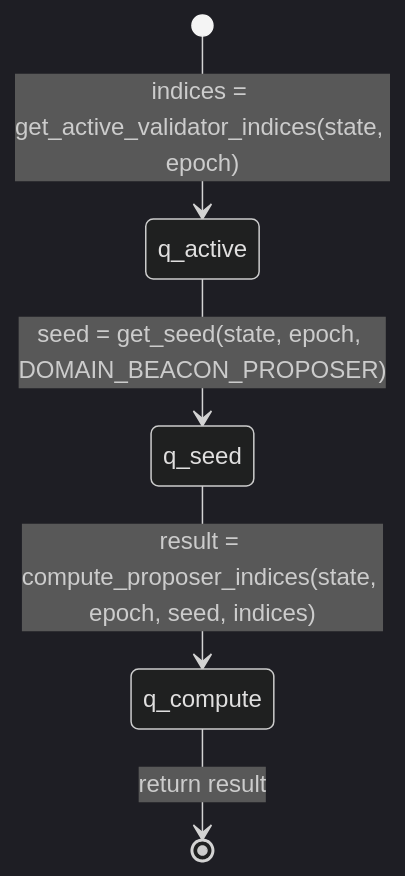
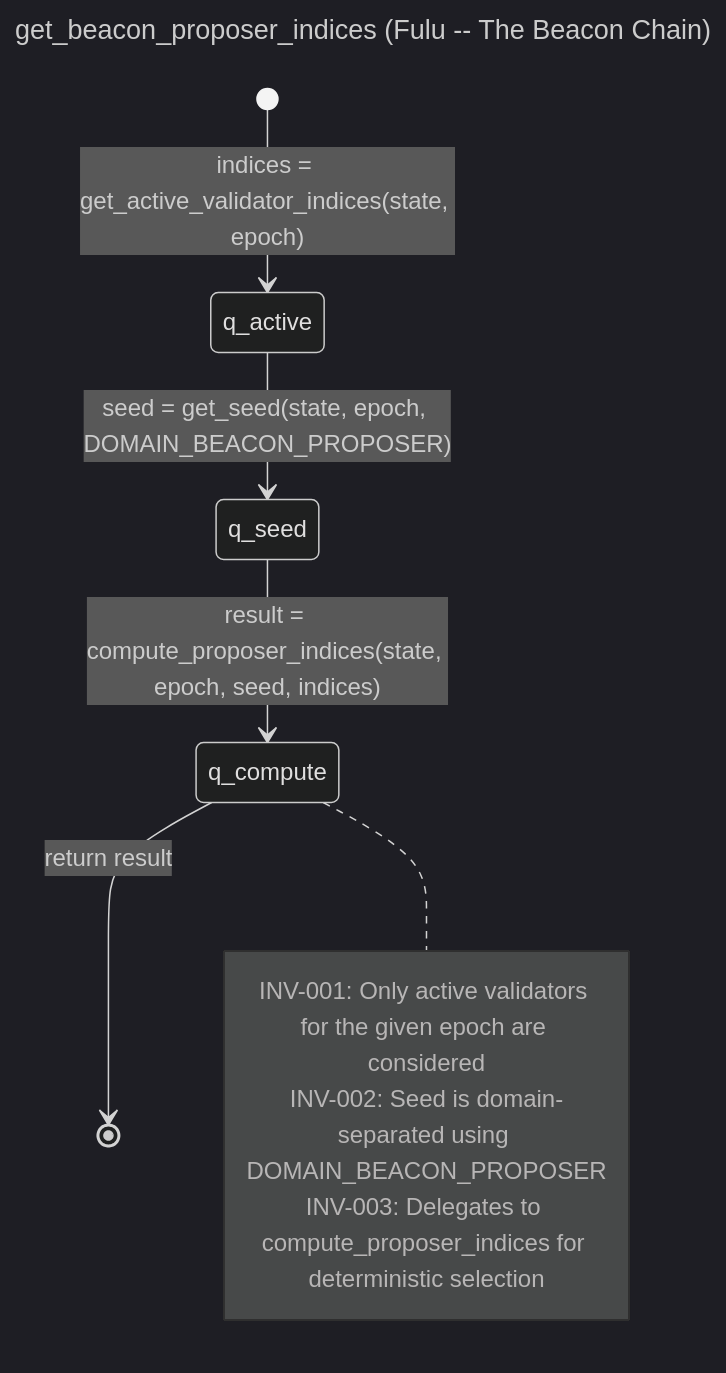
The diagram in outputs/graphs/W0B1_1770278556/fulu-beacon-chain/SG-006_get_beacon_proposer_indices.mmd (NyxFoundation/speca), drawn with Mermaid (dark theme) before and after one commit. The commit also changed 144 other files, not shown here.

```diff
--- a/outputs/graphs/W0B1_1770278556/fulu-beacon-chain/SG-006_get_beacon_proposer_indices.mmd
+++ b/outputs/graphs/W0B1_1770278556/fulu-beacon-chain/SG-006_get_beacon_proposer_indices.mmd
@@ -1,6 +1,14 @@
+---
+title: "get_beacon_proposer_indices (Fulu -- The Beacon Chain)"
+---
 stateDiagram-v2
     direction TB
     [*] --> q_active: indices = get_active_validator_indices(state, epoch)
     q_active --> q_seed: seed = get_seed(state, epoch, DOMAIN_BEACON_PROPOSER)
     q_seed --> q_compute: result = compute_proposer_indices(state, epoch, seed, indices)
     q_compute --> [*]: return result
+    note right of q_compute
+        INV-001: Only active validators for the given epoch are considered
+        INV-002: Seed is domain-separated using DOMAIN_BEACON_PROPOSER
+        INV-003: Delegates to compute_proposer_indices for deterministic selection
+    end note
```
